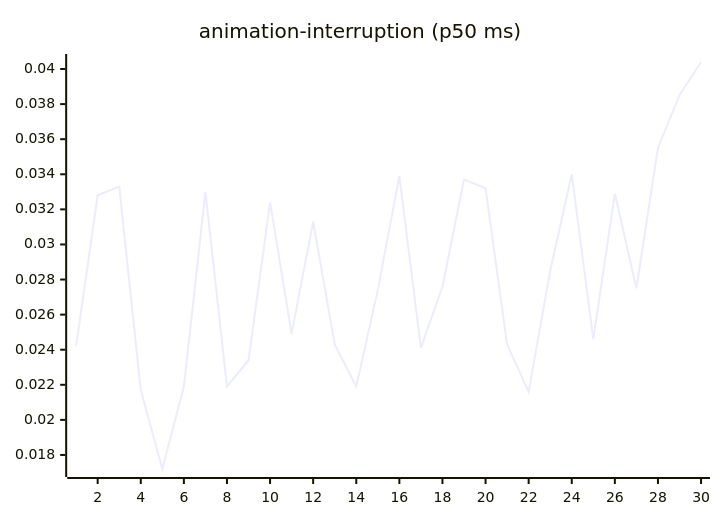
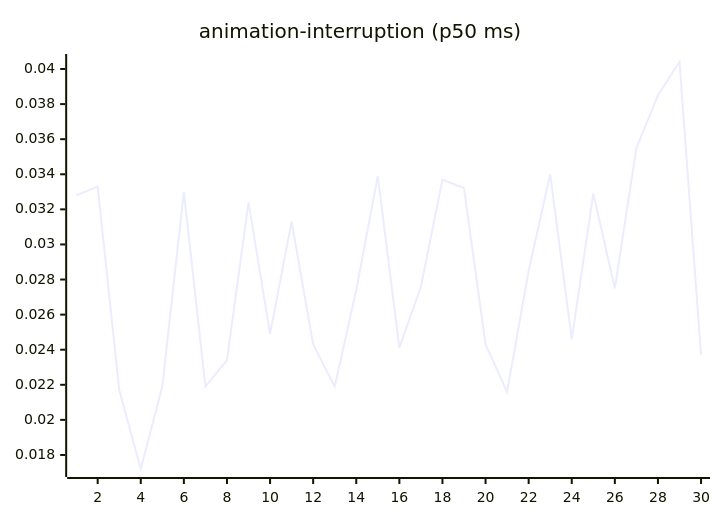
One commit to josha/Facet changed the third of 27 diagrams in README.md. Above: the diagram before and after it, drawn with Mermaid. The commit also changed other lines of this file and 2 other files, not shown here.

````diff
--- a/README.md
+++ b/README.md
@@ -77,6 +77,6 @@
 ```mermaid
 xychart-beta
     title "animation-interruption (p50 ms)"
     x-axis 1 --> 30
-    line [0.0242, 0.0328, 0.0333, 0.0217, 0.0172, 0.0219, 0.0330, 0.0219, 0.0234, 0.0324, 0.0249, 0.0313, 0.0243, 0.0219, 0.0274, 0.0339, 0.0241, 0.0276, 0.0337, 0.0332, 0.0243, 0.0216, 0.0285, 0.0340, 0.0246, 0.0329, 0.0275, 0.0355, 0.0385, 0.0404]
+    line [0.0328, 0.0333, 0.0217, 0.0172, 0.0219, 0.0330, 0.0219, 0.0234, 0.0324, 0.0249, 0.0313, 0.0243, 0.0219, 0.0274, 0.0339, 0.0241, 0.0276, 0.0337, 0.0332, 0.0243, 0.0216, 0.0285, 0.0340, 0.0246, 0.0329, 0.0275, 0.0355, 0.0385, 0.0404, 0.0237]
 ```
````
